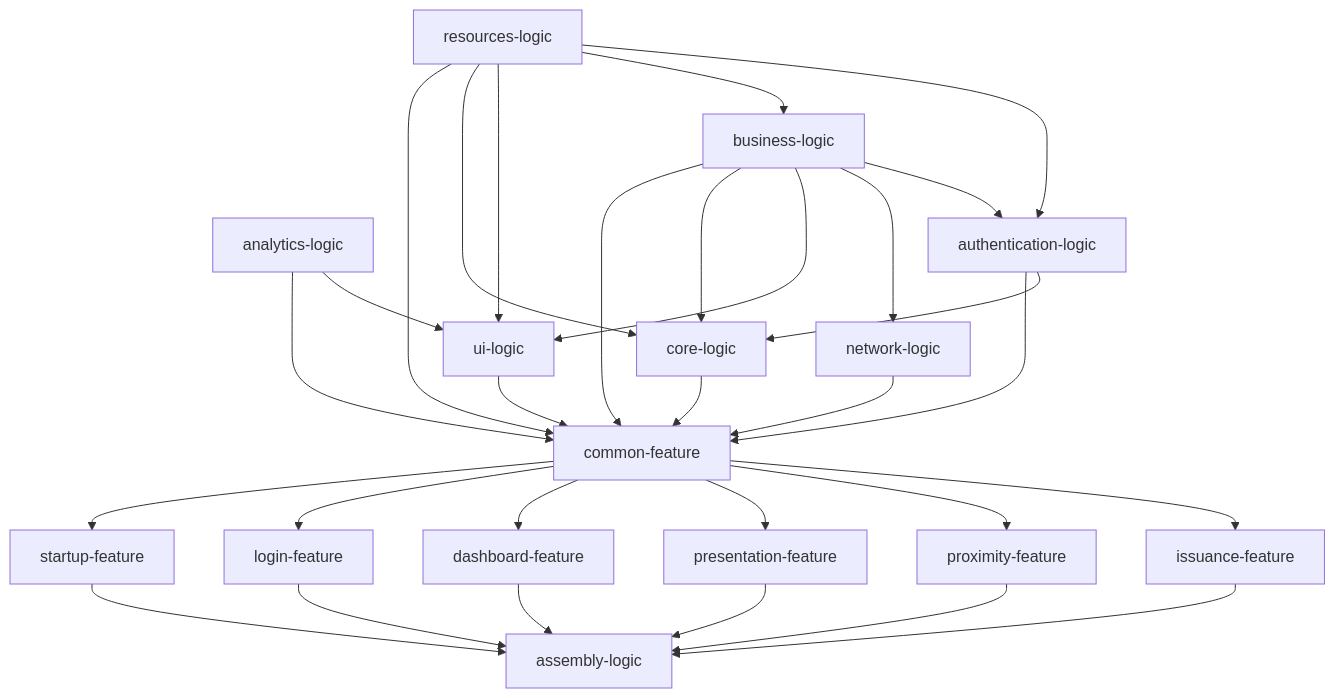
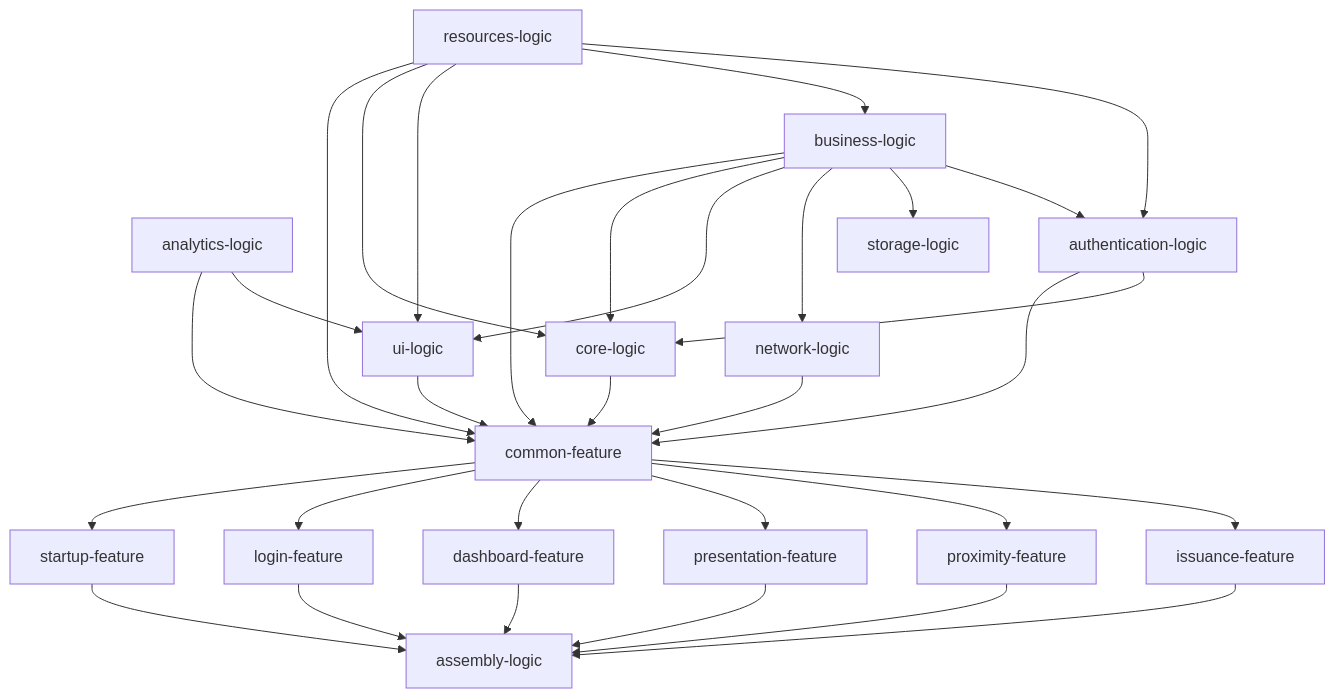
One commit to eu-digital-identity-wallet/eudi-app-android-wallet-ui changed the diagram in README.md. Above: the diagram before and after it, drawn with Mermaid. The commit also changed other lines of this file and 21 other files, not shown here.

Commit message:
New Logic Storage Module to handle all future caching mechanisms like bookmarks, transactions, etc.

````diff
--- a/README.md
+++ b/README.md
@@ -219,39 +221,41 @@
 ```mermaid
 graph TD;
   startup-feature --> assembly-logic
   login-feature --> assembly-logic
   dashboard-feature --> assembly-logic
   presentation-feature --> assembly-logic
   proximity-feature --> assembly-logic
   issuance-feature --> assembly-logic
 
   common-feature --> startup-feature
   common-feature --> login-feature
   common-feature --> dashboard-feature
   common-feature --> presentation-feature
   common-feature --> proximity-feature
   common-feature --> issuance-feature
 
   business-logic -->common-feature
   ui-logic -->common-feature
   network-logic -->common-feature
   resources-logic -->common-feature
   analytics-logic -->common-feature 
   authentication-logic -->common-feature 
   core-logic -->common-feature 
 
   business-logic -->core-logic
   resources-logic -->core-logic
   authentication-logic -->core-logic
 
   business-logic -->ui-logic
   resources-logic -->ui-logic
   analytics-logic -->ui-logic
 
   business-logic -->network-logic
+  
+  business-logic -->storage-logic
 
   resources-logic -->business-logic
 
   resources-logic --> authentication-logic
   business-logic --> authentication-logic
 ```
````
